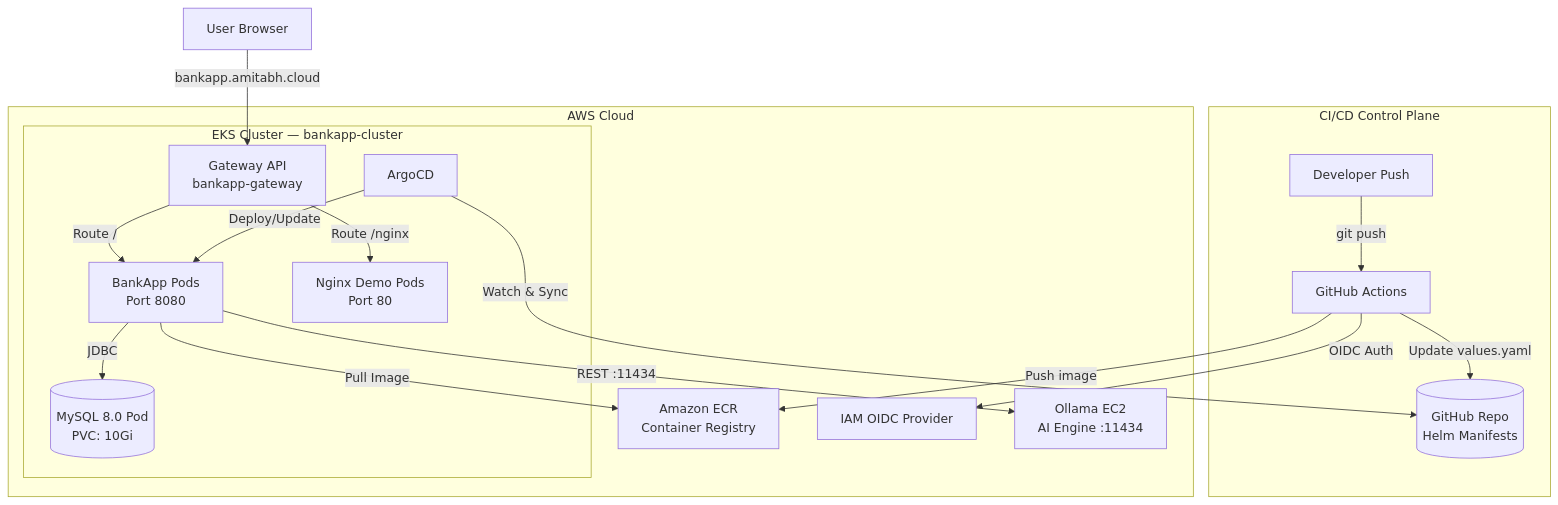
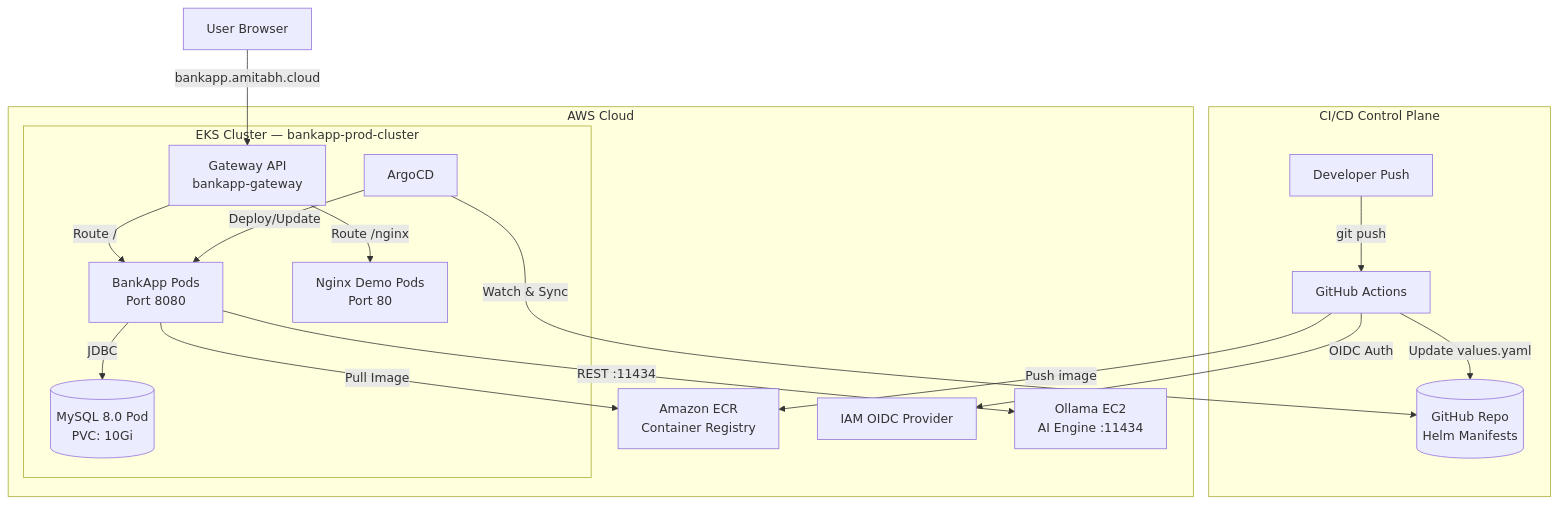
One commit to Amitabh-DevOps/DevSecOps-Bankapp changed the diagram in README.md. Above: the diagram before and after it, drawn with Mermaid. The commit also changed other lines of this file and 1 other file, not shown here.

Commit message:
changed cluster name

````diff
--- a/README.md
+++ b/README.md
@@ -23,38 +23,38 @@
 ```mermaid
 graph TD
     subgraph "CI/CD Control Plane"
         DEV[Developer Push]
         GH[GitHub Actions]
         REPO[(GitHub Repo\nHelm Manifests)]
     end
 
     subgraph "AWS Cloud"
         ECR[Amazon ECR\nContainer Registry]
         OIDC[IAM OIDC Provider]
         OLLAMA[Ollama EC2\nAI Engine :11434]
 
-        subgraph "EKS Cluster — bankapp-cluster"
+        subgraph "EKS Cluster — bankapp-prod-cluster"
             ARGO[ArgoCD]
             GW[Gateway API\nbankapp-gateway]
             APP[BankApp Pods\nPort 8080]
             NGX[Nginx Demo Pods\nPort 80]
             DB[(MySQL 8.0 Pod\nPVC: 10Gi)]
         end
     end
 
     DEV -->|git push| GH
     GH -->|OIDC Auth| OIDC
     GH -->|Push image| ECR
     GH -->|Update values.yaml| REPO
 
     ARGO -->|Watch & Sync| REPO
     ARGO -->|Deploy/Update| APP
 
     USER[User Browser] -->|bankapp.amitabh.cloud| GW
     GW -->|Route /| APP
     GW -->|Route /nginx| NGX
 
     APP -->|Pull Image| ECR
     APP -->|JDBC| DB
     APP -->|REST :11434| OLLAMA
 ```
````
